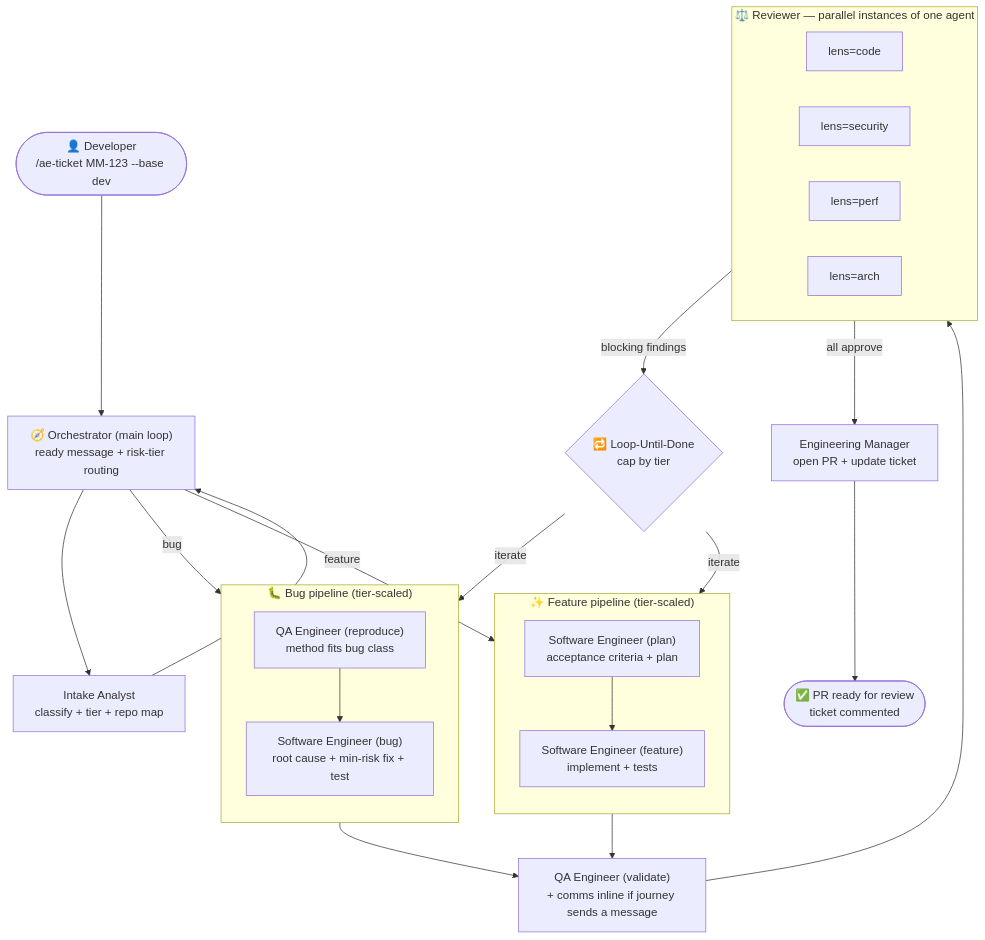
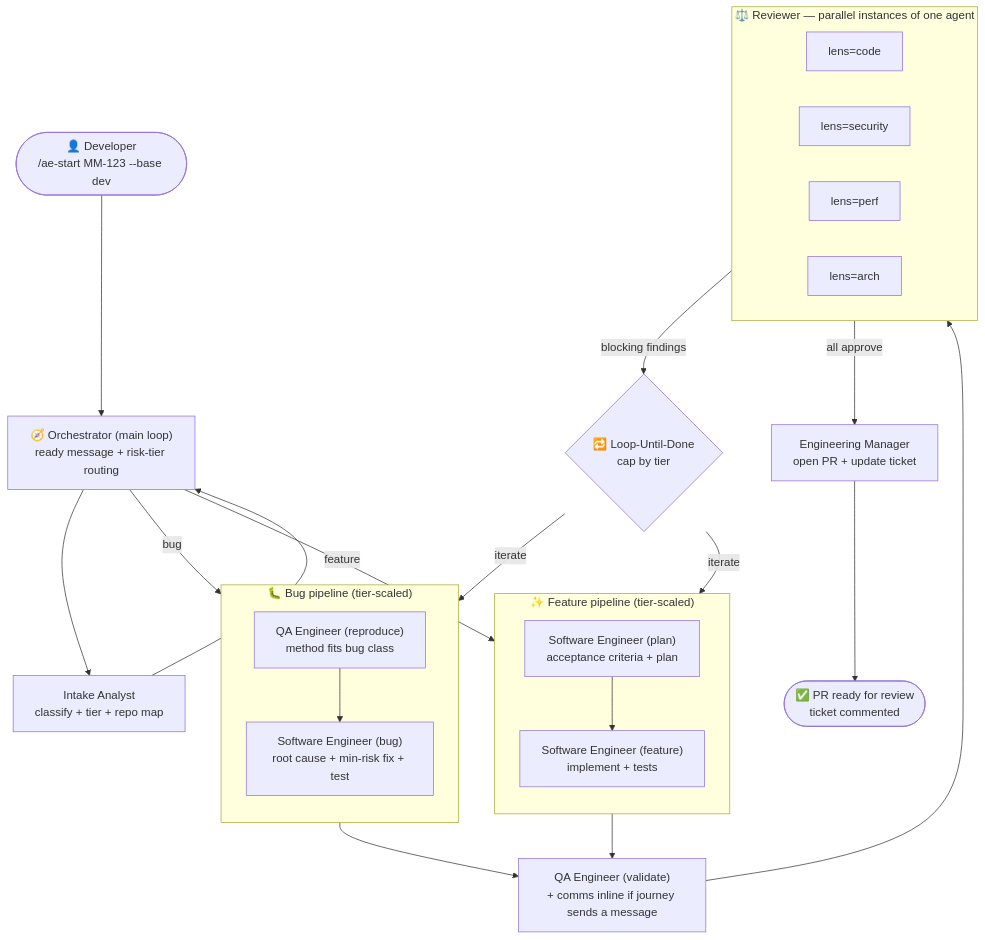
Before and after one commit to Holuwashina/autonomous-engineer: the diagram in README.md, drawn with Mermaid. The commit also changed other lines of this file and 26 other files, not shown here.

First line of the commit message:
commands: rename /ae-ticket -> /ae-start with a no-args interactive prompt

````diff
--- a/README.md
+++ b/README.md
@@ -41,39 +42,39 @@
 ```mermaid
 flowchart TD
-    user(["👤 Developer<br/>/ae-ticket MM-123 --base dev"]) --> orch
+    user(["👤 Developer<br/>/ae-start MM-123 --base dev"]) --> orch
 
     orch["🧭 Orchestrator (main loop)<br/>ready message + risk-tier routing"]
     orch --> intake["Intake Analyst<br/>classify + tier + repo map"]
     intake --> orch
 
     orch -- "bug" --> bug
     orch -- "feature" --> feat
 
     subgraph bug["🐛 Bug pipeline (tier-scaled)"]
         direction TB
         repro["QA Engineer (reproduce)<br/>method fits bug class"] --> swe["Software Engineer (bug)<br/>root cause + min-risk fix + test"]
     end
 
     subgraph feat["✨ Feature pipeline (tier-scaled)"]
         direction TB
         plan["Software Engineer (plan)<br/>acceptance criteria + plan"] --> fs["Software Engineer (feature)<br/>implement + tests"]
     end
 
     bug --> val["QA Engineer (validate)<br/>+ comms inline if journey sends a message"]
     feat --> val
     val --> panel
 
     subgraph panel["⚖️ Reviewer — parallel instances of one agent"]
         direction LR
         cr["lens=code"]
         sec["lens=security"]
         perf["lens=perf"]
         arc["lens=arch"]
     end
 
     panel -- "blocking findings" --> loop{"🔁 Loop-Until-Done<br/>cap by tier"}
     loop -- "iterate" --> bug
     loop -- "iterate" --> feat
     panel -- "all approve" --> em["Engineering Manager<br/>open PR + update ticket"]
     em --> done(["✅ PR ready for review<br/>ticket commented"])
 ```
````
